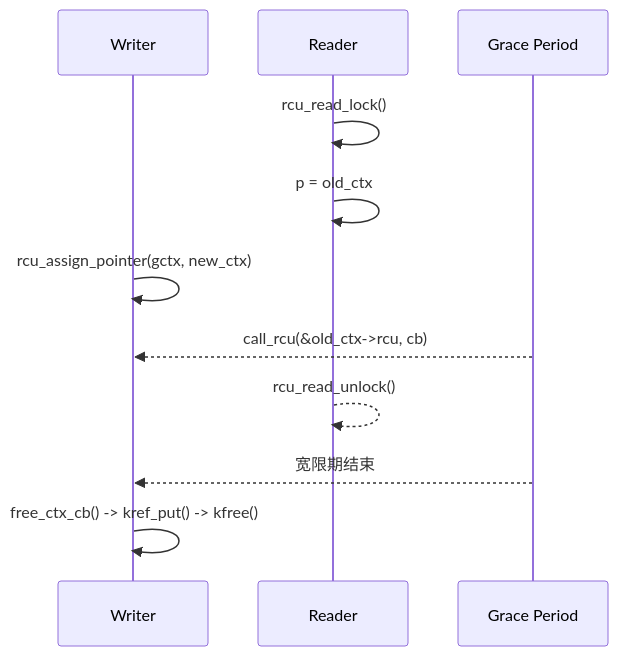
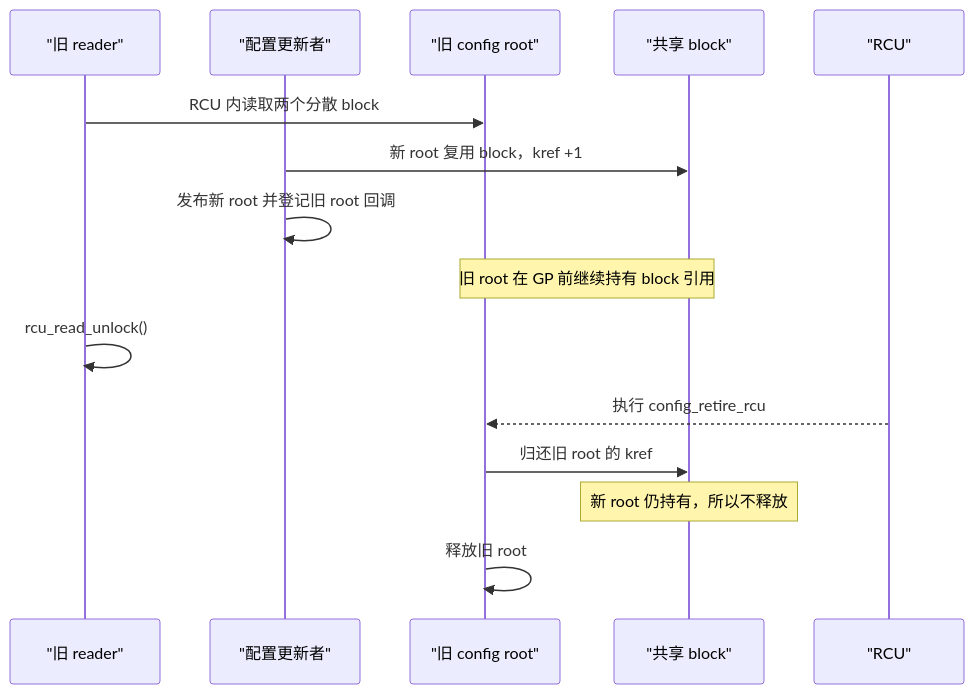
Before and after one commit to FormingSystem/linux_note: the diagram in knowledge/linux/synchronization/rcu/P22_RCU_驱动与子系统应用模式.md, drawn with Mermaid. The commit also changed other lines of this file and 8 other files, not shown here.

````diff
--- a/knowledge/linux/synchronization/rcu/P22_RCU_驱动与子系统应用模式.md
+++ b/knowledge/linux/synchronization/rcu/P22_RCU_驱动与子系统应用模式.md
@@ -263,14 +344,18 @@
 ```mermaid
 sequenceDiagram
-    participant W as Writer
-    participant R as Reader
-    participant GP as Grace Period
+    participant R as "旧 reader"
+    participant W as "配置更新者"
+    participant Old as "旧 config root"
+    participant Block as "共享 block"
+    participant GP as "RCU"
 
-    R->>R: rcu_read_lock()
-    R->>R: p = old_ctx
-    W->>W: rcu_assign_pointer(gctx, new_ctx)
-    GP-->>W: call_rcu(&old_ctx->rcu, cb)
-    R-->>R: rcu_read_unlock()
-    GP-->>W: 宽限期结束
-    W->>W: free_ctx_cb() -> kref_put() -> kfree()
+    R->>Old: RCU 内读取两个分散 block
+    W->>Block: 新 root 复用 block，kref +1
+    W->>W: 发布新 root 并登记旧 root 回调
+    Note over Old,Block: 旧 root 在 GP 前继续持有 block 引用
+    R->>R: rcu_read_unlock()
+    GP-->>Old: 执行 config_retire_rcu
+    Old->>Block: 归还旧 root 的 kref
+    Note over Block: 新 root 仍持有，所以不释放
+    Old->>Old: 释放旧 root
 ```
````
